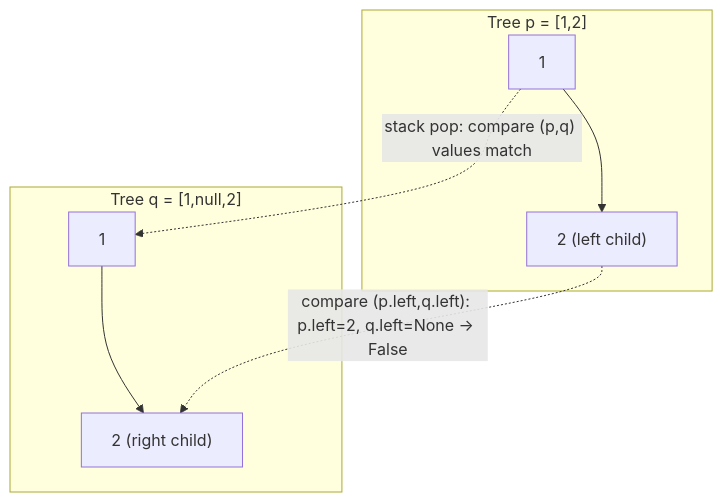
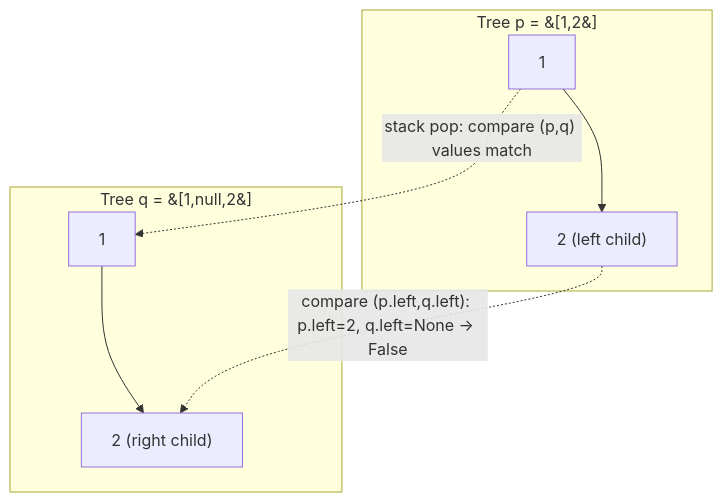
The diagram in topics/07-trees/03-same-tree/README.md (Aryan-Jadon18/dsa-placement-prep), drawn with Mermaid before and after one commit. The commit also changed 52 other files, not shown here.

First line of the commit message:
Fix Mermaid diagrams not rendering on GitHub

````diff
--- a/topics/07-trees/03-same-tree/README.md
+++ b/topics/07-trees/03-same-tree/README.md
@@ -73,11 +73,11 @@
 ```mermaid
 graph TD
-    subgraph P["Tree p = [1,2]"]
+    subgraph P["Tree p = &#91;1,2&#93;"]
         P1["1"] --> P2["2 (left child)"]
     end
-    subgraph Q["Tree q = [1,null,2]"]
+    subgraph Q["Tree q = &#91;1,null,2&#93;"]
         Q1["1"] --> Q3["2 (right child)"]
     end
     P1 -.->|"stack pop: compare (p,q) values match"| Q1
     P2 -.->|"compare (p.left,q.left): p.left=2, q.left=None → False"| Q3
 ```
````
